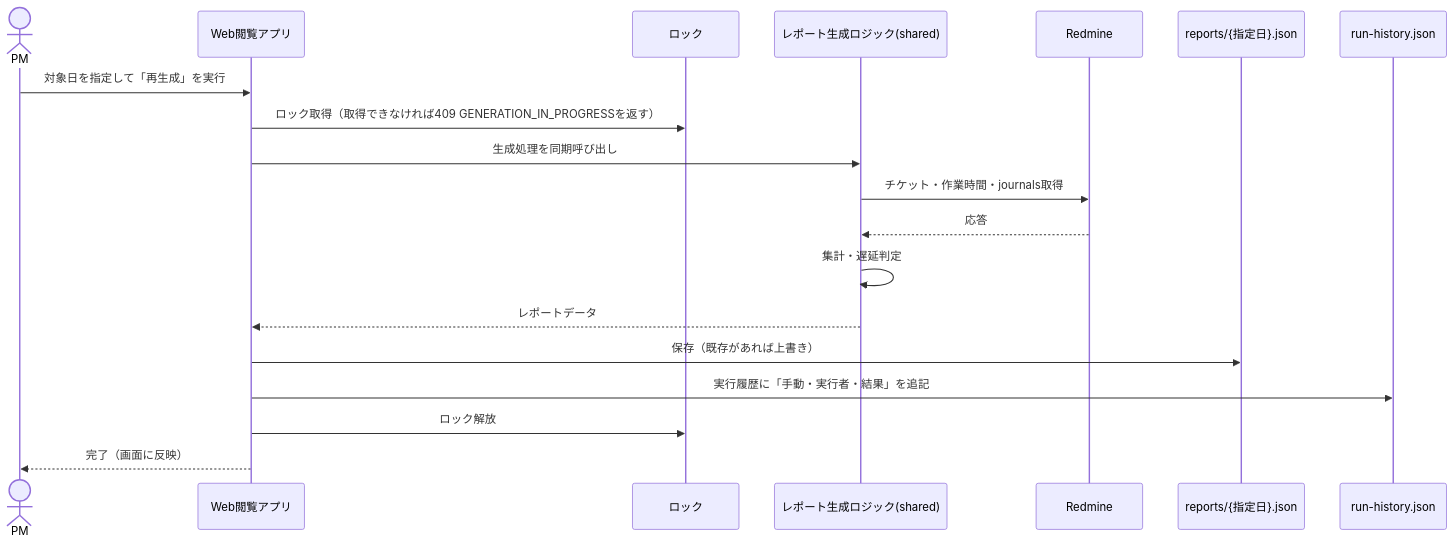
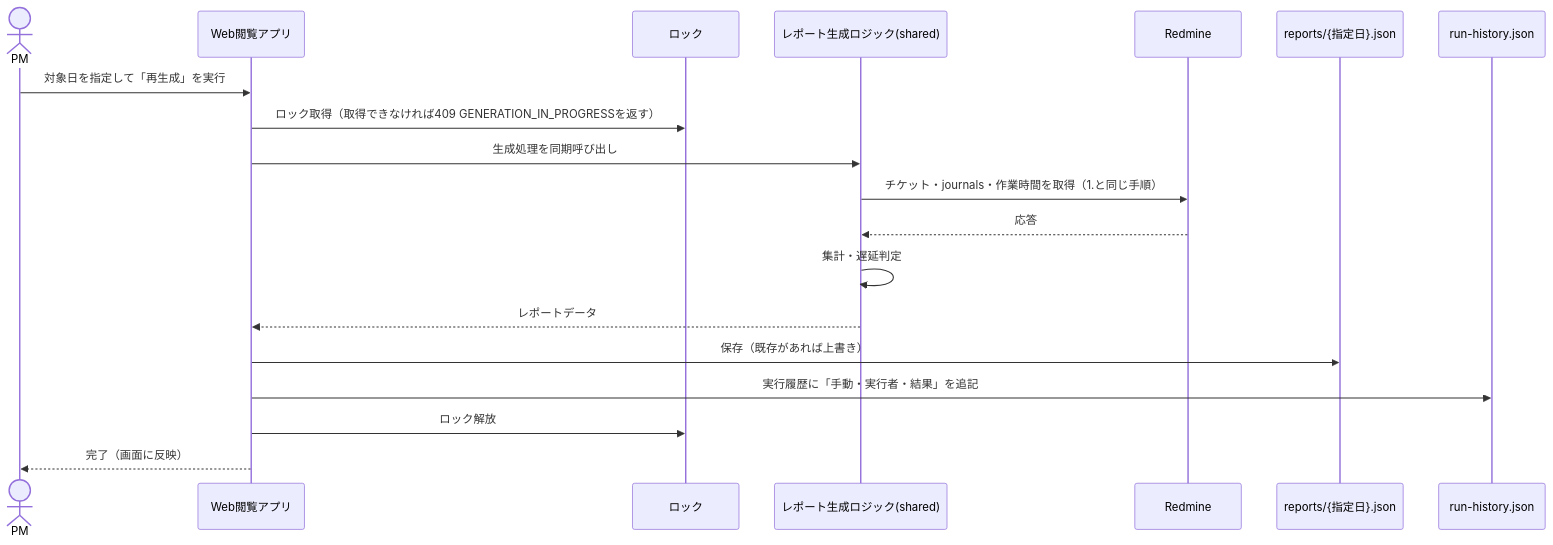
The third of 7 diagrams in docs/design/sequence.md (theta1211/Redmine-pm-report), drawn with Mermaid before and after one commit. The commit also changed other lines of this file, not shown here.

Commit message:
docs: シーケンス図を新しい取得方式（journals個別取得・候補絞り込み）に更新

````diff
--- a/docs/design/sequence.md
+++ b/docs/design/sequence.md
@@ -52,22 +58,22 @@
 ```mermaid
 sequenceDiagram
     actor U as PM
     participant W as Web閲覧アプリ
     participant L as ロック
     participant G as レポート生成ロジック(shared)
     participant R as Redmine
     participant F as reports/{指定日}.json
     participant H as run-history.json
 
     U->>W: 対象日を指定して「再生成」を実行
     W->>L: ロック取得（取得できなければ409 GENERATION_IN_PROGRESSを返す）
     W->>G: 生成処理を同期呼び出し
-    G->>R: チケット・作業時間・journals取得
+    G->>R: チケット・journals・作業時間を取得（1.と同じ手順）
     R-->>G: 応答
     G->>G: 集計・遅延判定
     G-->>W: レポートデータ
     W->>F: 保存（既存があれば上書き）
     W->>H: 実行履歴に「手動・実行者・結果」を追記
     W->>L: ロック解放
     W-->>U: 完了（画面に反映）
 ```
````
